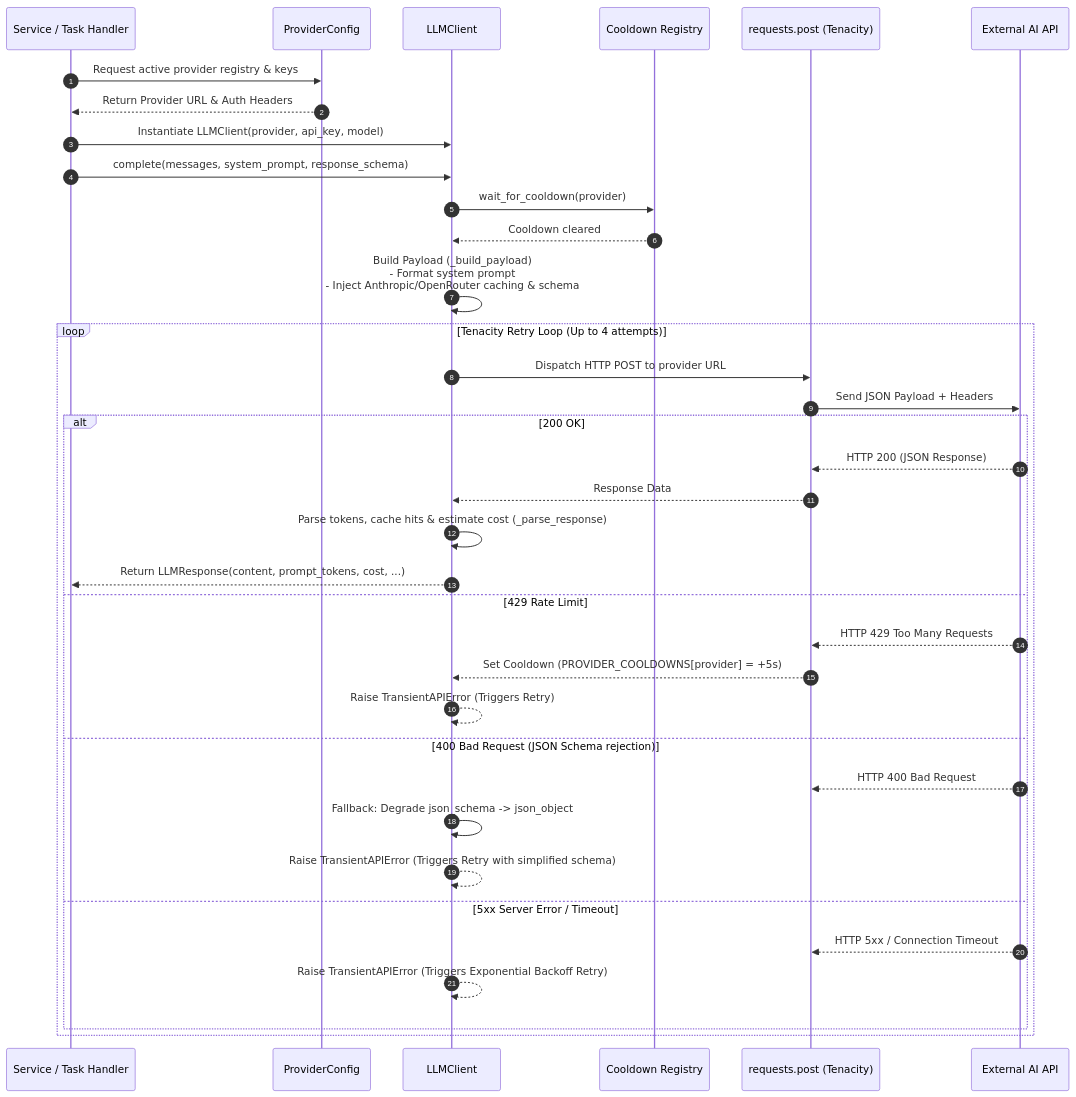
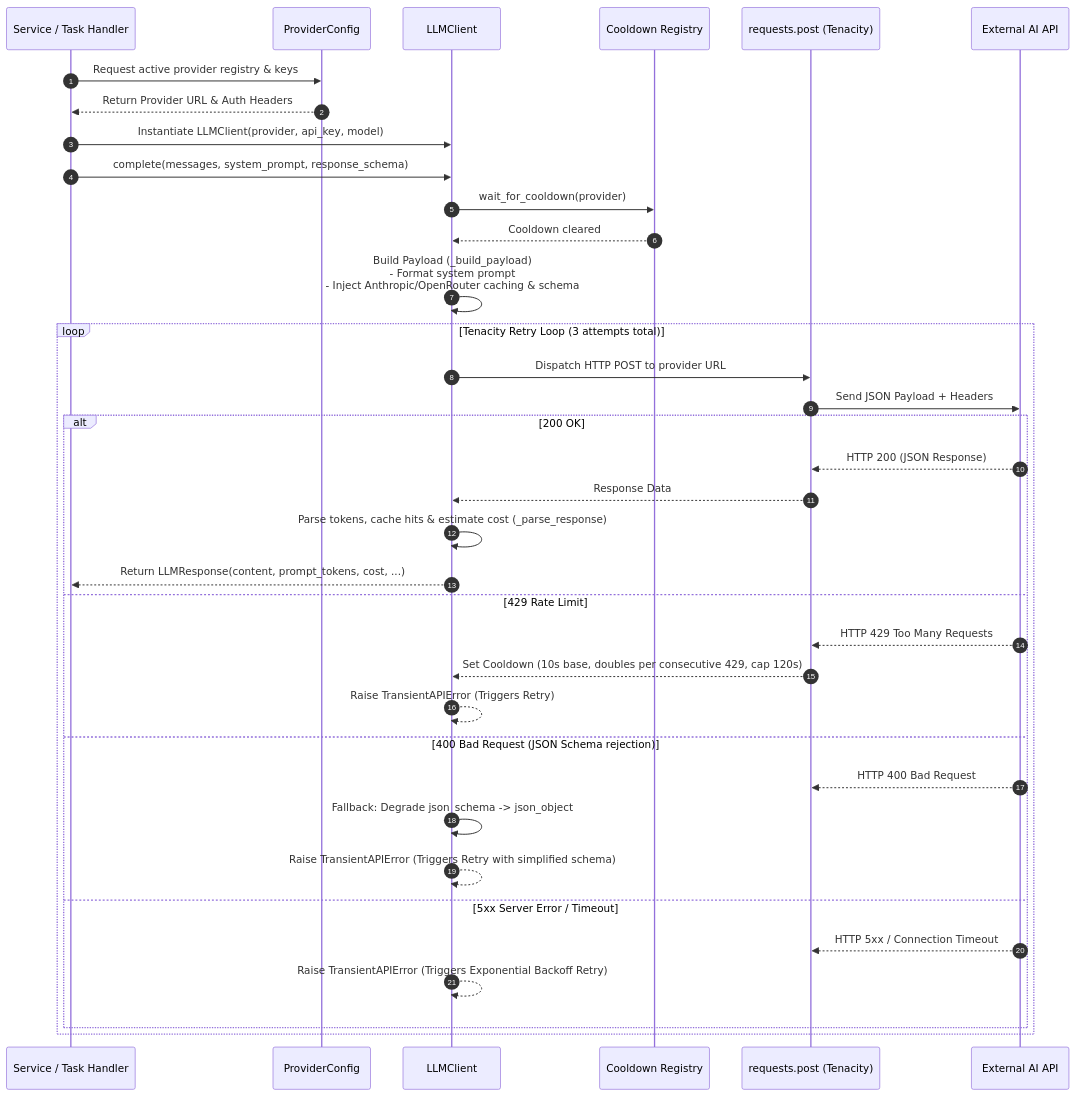
Before and after one commit to sagniKdas53/manga-tl: the second of 2 diagrams in docs/worker_provider_integration.md, drawn with Mermaid. The commit also changed other lines of this file and 6 other files, not shown here.

````diff
--- a/docs/worker_provider_integration.md
+++ b/docs/worker_provider_integration.md
@@ -62,43 +68,43 @@
 ```mermaid
 sequenceDiagram
     autonumber
     participant Task as Service / Task Handler
     participant Config as ProviderConfig
     participant Client as LLMClient
     participant Cooldown as Cooldown Registry
     participant HTTP as requests.post (Tenacity)
     participant Provider as External AI API
 
     Task->>Config: Request active provider registry & keys
     Config-->>Task: Return Provider URL & Auth Headers
     Task->>Client: Instantiate LLMClient(provider, api_key, model)
     Task->>Client: complete(messages, system_prompt, response_schema)
     
     Client->>Cooldown: wait_for_cooldown(provider)
     Cooldown-->>Client: Cooldown cleared
     
     Client->>Client: Build Payload (_build_payload)<br>- Format system prompt<br>- Inject Anthropic/OpenRouter caching & schema
     
-    loop Tenacity Retry Loop (Up to 4 attempts)
+    loop Tenacity Retry Loop (3 attempts total)
         Client->>HTTP: Dispatch HTTP POST to provider URL
         HTTP->>Provider: Send JSON Payload + Headers
         
         alt 200 OK
             Provider-->>HTTP: HTTP 200 (JSON Response)
             HTTP-->>Client: Response Data
             Client->>Client: Parse tokens, cache hits & estimate cost (_parse_response)
             Client-->>Task: Return LLMResponse(content, prompt_tokens, cost, ...)
         else 429 Rate Limit
             Provider-->>HTTP: HTTP 429 Too Many Requests
-            HTTP-->>Client: Set Cooldown (PROVIDER_COOLDOWNS[provider] = +5s)
+            HTTP-->>Client: Set Cooldown (10s base, doubles per consecutive 429, cap 120s)
             Client-->>Client: Raise TransientAPIError (Triggers Retry)
         else 400 Bad Request (JSON Schema rejection)
             Provider-->>HTTP: HTTP 400 Bad Request
             Client->>Client: Fallback: Degrade json_schema -> json_object
             Client-->>Client: Raise TransientAPIError (Triggers Retry with simplified schema)
         else 5xx Server Error / Timeout
             Provider-->>HTTP: HTTP 5xx / Connection Timeout
             Client-->>Client: Raise TransientAPIError (Triggers Exponential Backoff Retry)
         end
     end
 ```
````
